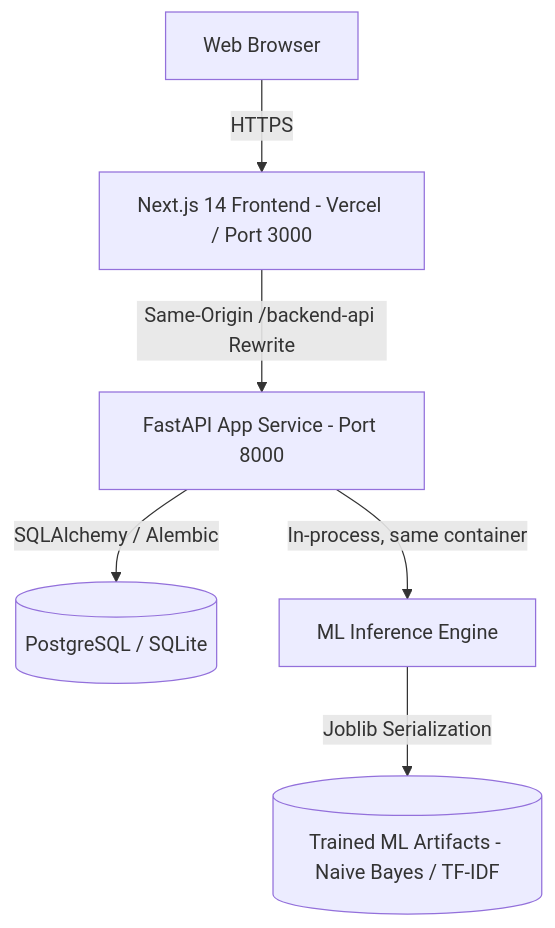
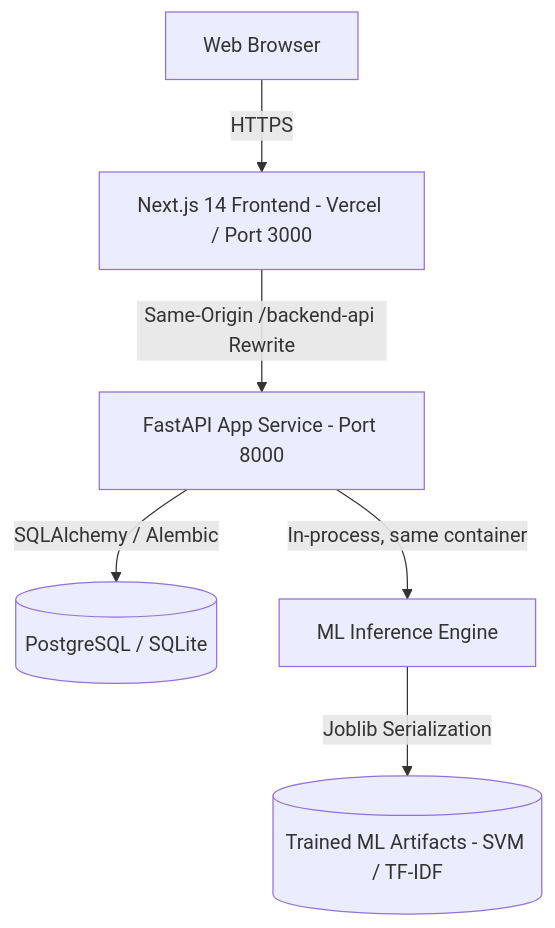
The diagram in README.md (priyamthakur275/ScamGuard-AI), drawn with Mermaid before and after one commit. The commit also changed other lines of this file and 15 other files, not shown here.

````diff
--- a/README.md
+++ b/README.md
@@ -35,8 +35,8 @@
 ```mermaid
 graph TD
     Client[Web Browser] -->|HTTPS| Frontend[Next.js 14 Frontend - Vercel / Port 3000]
     Frontend -->|Same-Origin /backend-api Rewrite| AppService[FastAPI App Service - Port 8000]
     AppService -->|SQLAlchemy / Alembic| DB[(PostgreSQL / SQLite)]
     AppService -->|In-process, same container| MLEngine[ML Inference Engine]
-    MLEngine -->|Joblib Serialization| ModelRegistry[(Trained ML Artifacts - Naive Bayes / TF-IDF)]
+    MLEngine -->|Joblib Serialization| ModelRegistry[(Trained ML Artifacts - SVM / TF-IDF)]
 ```
````
